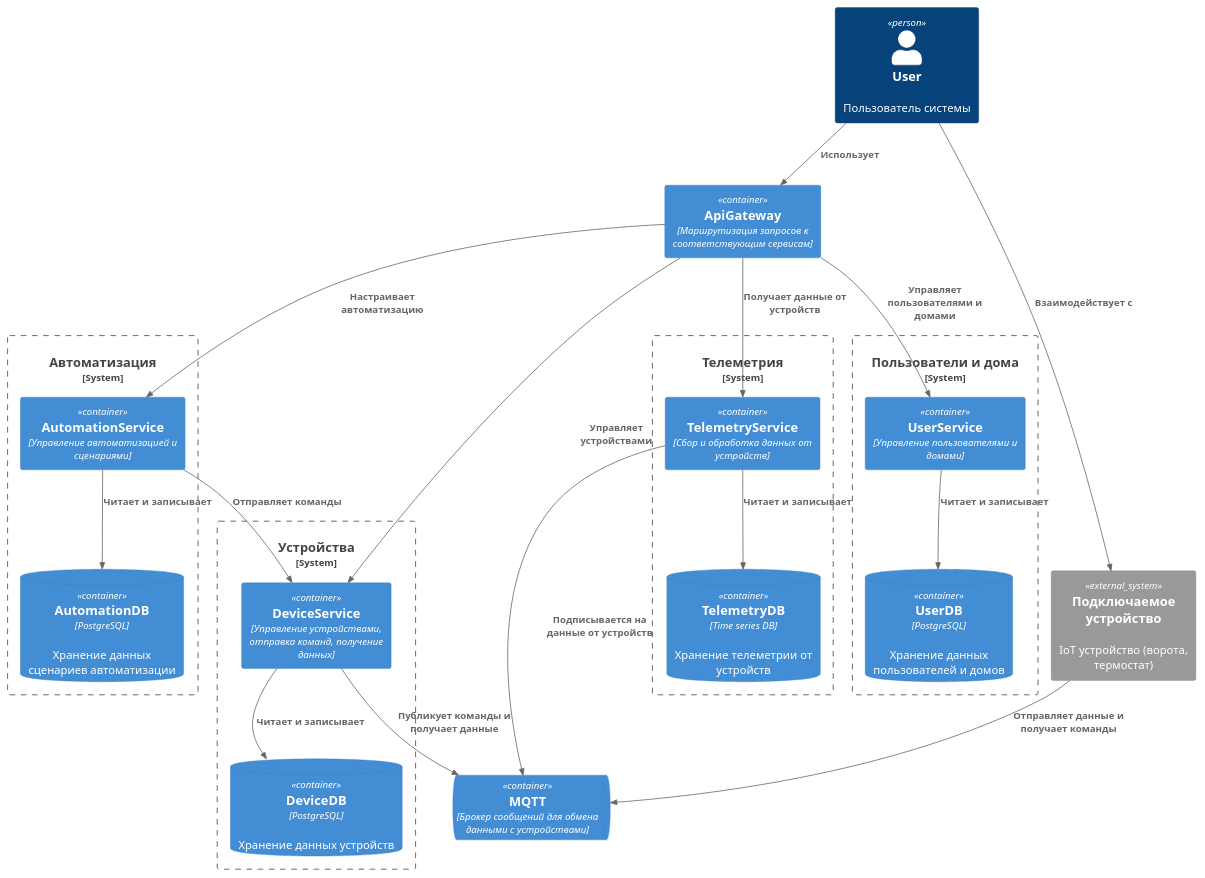
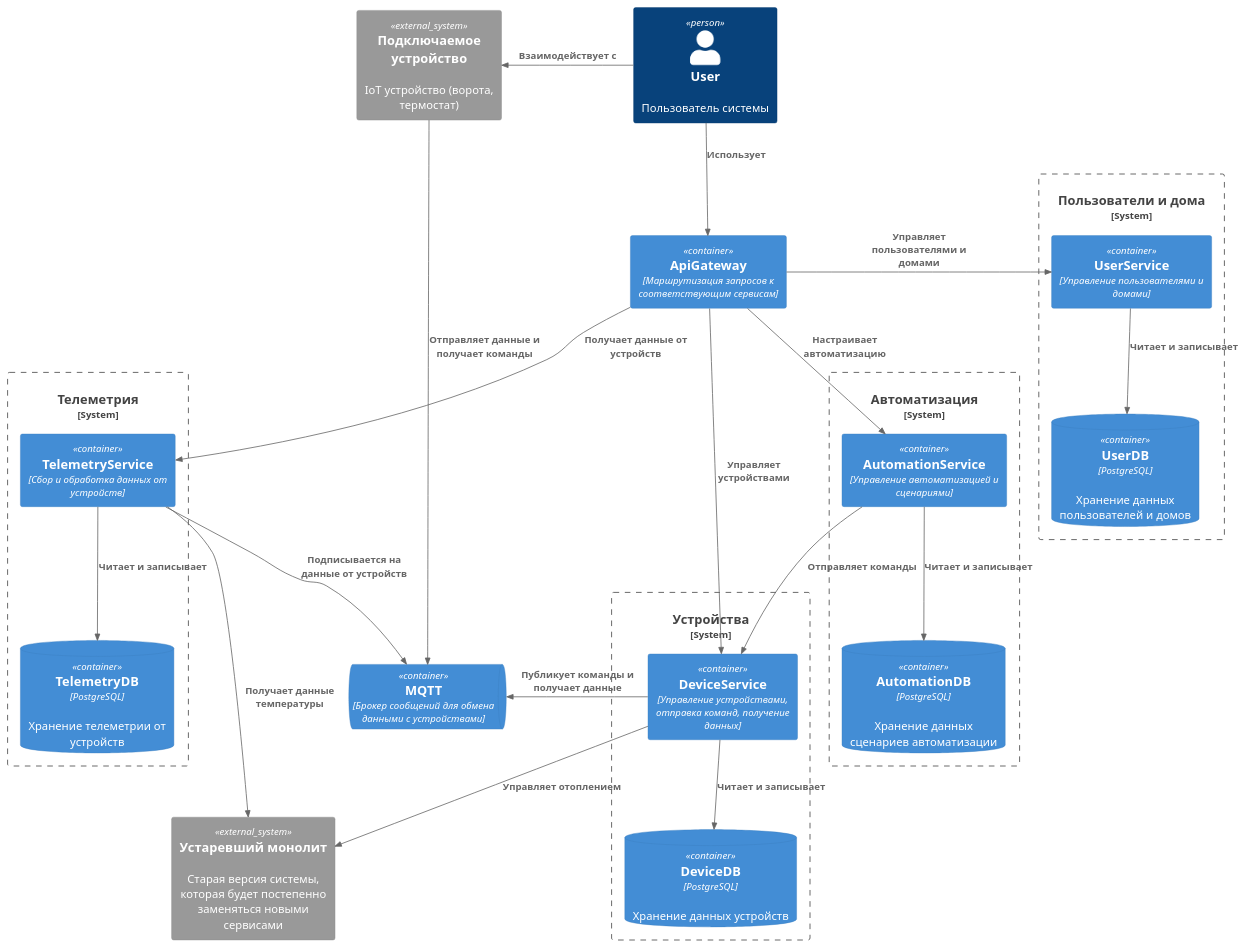
Before and after one commit to vsevolod-nikitin/yandex-practicum-architecture-pro-warmhouse: the diagram in schemas/to-be/Containers.puml, drawn with PlantUML. The commit also changed 1 other file, not shown here.

Commit message:
Изменение микросервисной схемы

```diff
--- a/schemas/to-be/Containers.puml
+++ b/schemas/to-be/Containers.puml
@@ -1,51 +1,57 @@
 @startuml Containers
 !include https://raw.githubusercontent.com/plantuml-stdlib/C4-PlantUML/master/C4_Container.puml
 
 Person(user, "User", "Пользователь системы")
 
 System_Ext(device, "Подключаемое устройство", "IoT устройство (ворота, термостат)")
+System_Ext(deprecatedMonolith, "Устаревший монолит", "Старая версия системы, которая будет постепенно заменяться новыми сервисами")
 
 Container(apiGateway, "ApiGateway", "Маршрутизация запросов к соответствующим сервисам")
 
 System_Boundary(userDomain, "Пользователи и дома") {
     Container(userService, "UserService", "Управление пользователями и домами")
     ContainerDb(userDb, "UserDB", "PostgreSQL", "Хранение данных пользователей и домов")
 }
 
 System_Boundary(automationDomain, "Автоматизация") {
     Container(automationService, "AutomationService", "Управление автоматизацией и сценариями")
     ContainerDb(automationDb, "AutomationDB", "PostgreSQL", "Хранение данных сценариев автоматизации")
 }
 
 System_Boundary(deviceDomain, "Устройства") {
     Container(deviceService, "DeviceService", "Управление устройствами, отправка команд, получение данных")    
     ContainerDb(deviceDb, "DeviceDB", "PostgreSQL", "Хранение данных устройств")    
 }
 
 System_Boundary(telemetryDomain, "Телеметрия") {
     Container(telemetryService, "TelemetryService", "Сбор и обработка данных от устройств")
-    ContainerDb(telemetryDb, "TelemetryDB", "Time series DB", "Хранение телеметрии от устройств")
+    ContainerDb(telemetryDb, "TelemetryDB", "PostgreSQL", "Хранение телеметрии от устройств")
 }
 
 ContainerQueue(deviceQueue, "MQTT", "Брокер сообщений для обмена данными с устройствами")
 
-Rel_Down(user, apiGateway, "Использует")
-Rel_Right(user, device, "Взаимодействует с")
+Rel(user, apiGateway, "Использует")
+Rel_Left(user, device, "Взаимодействует с")
 
-Rel(apiGateway, userService, "Управляет пользователями и домами")
+Rel_Left(apiGateway, userService, "Управляет пользователями и домами")
 Rel(apiGateway, automationService, "Настраивает автоматизацию")
 Rel(apiGateway, deviceService, "Управляет устройствами")
 Rel(apiGateway, telemetryService, "Получает данные от устройств")
 
 Rel(userService, userDb, "Читает и записывает")
 Rel(deviceService, deviceDb, "Читает и записывает")
 Rel(automationService, automationDb, "Читает и записывает")
 Rel(telemetryService, telemetryDb, "Читает и записывает")
 
 Rel(automationService, deviceService, "Отправляет команды")
-Rel(deviceService, deviceQueue, "Публикует команды и получает данные")
+Rel_Left(deviceService, deviceQueue, "Публикует команды и получает данные")
 Rel(telemetryService, deviceQueue, "Подписывается на данные от устройств")
 
 Rel(device, deviceQueue, "Отправляет данные и получает команды")
 
+Rel(deviceService, deprecatedMonolith, "Управляет отоплением")
+Rel(telemetryService, deprecatedMonolith, "Получает данные температуры")
+
+LAYOUT_TOP_DOWN()
+
 @enduml
```
